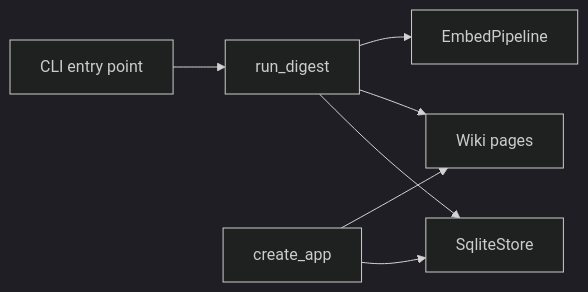
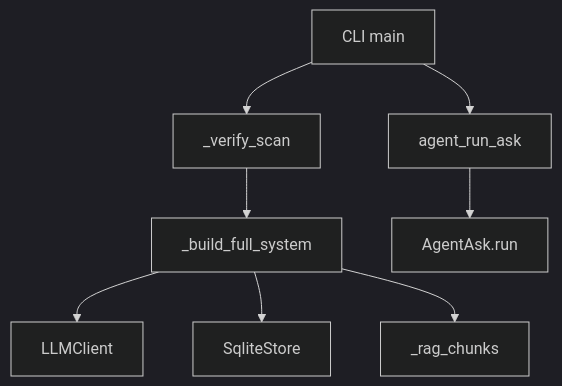
One commit to actions-marketplace-validations/unrealandychan_rekipedia changed the diagram in .rekipedia/wiki/installation-and-setup.md. Above: the diagram before and after it, drawn with Mermaid (dark theme). The commit also changed other lines of this file and 13 other files, not shown here.

````diff
--- a/.rekipedia/wiki/installation-and-setup.md
+++ b/.rekipedia/wiki/installation-and-setup.md
@@ -172,16 +177,10 @@
 ```mermaid
-flowchart LR
-  CLI[CLI entry point]
-  Digest[run_digest]
-  Store[SqliteStore]
-  Pages[Wiki pages]
-  Embed[EmbedPipeline]
-  Server[create_app]
-
-  CLI --> Digest
-  Digest --> Store
-  Digest --> Pages
-  Digest --> Embed
-  Server --> Store
-  Server --> Pages
+flowchart TD
+    CLI[CLI main] --> VerifyScan[_verify_scan]
+    VerifyScan --> BuildPrompt[_build_full_system]
+    BuildPrompt --> LLMClient[LLMClient]
+    BuildPrompt --> Store[SqliteStore]
+    BuildPrompt --> RAG[_rag_chunks]
+    CLI --> AgentRun[agent_run_ask]
+    AgentRun --> AgentAsk[AgentAsk.run]
 ```
````
